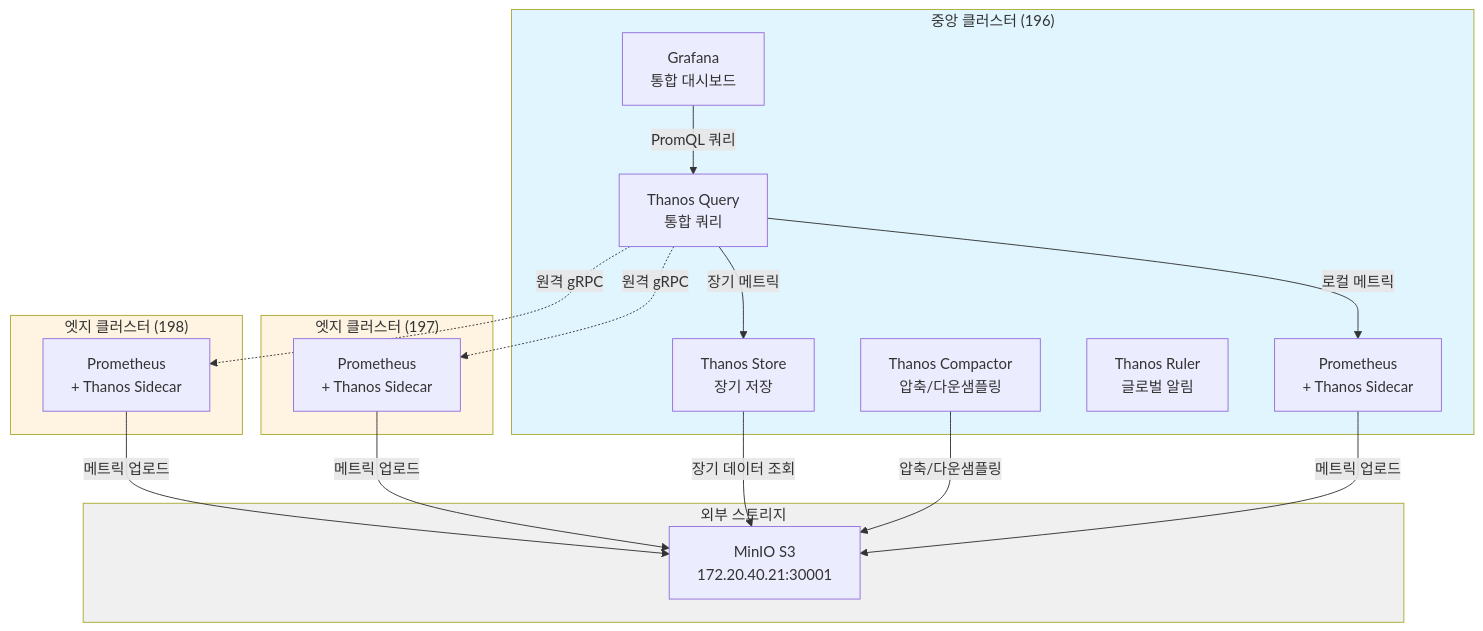
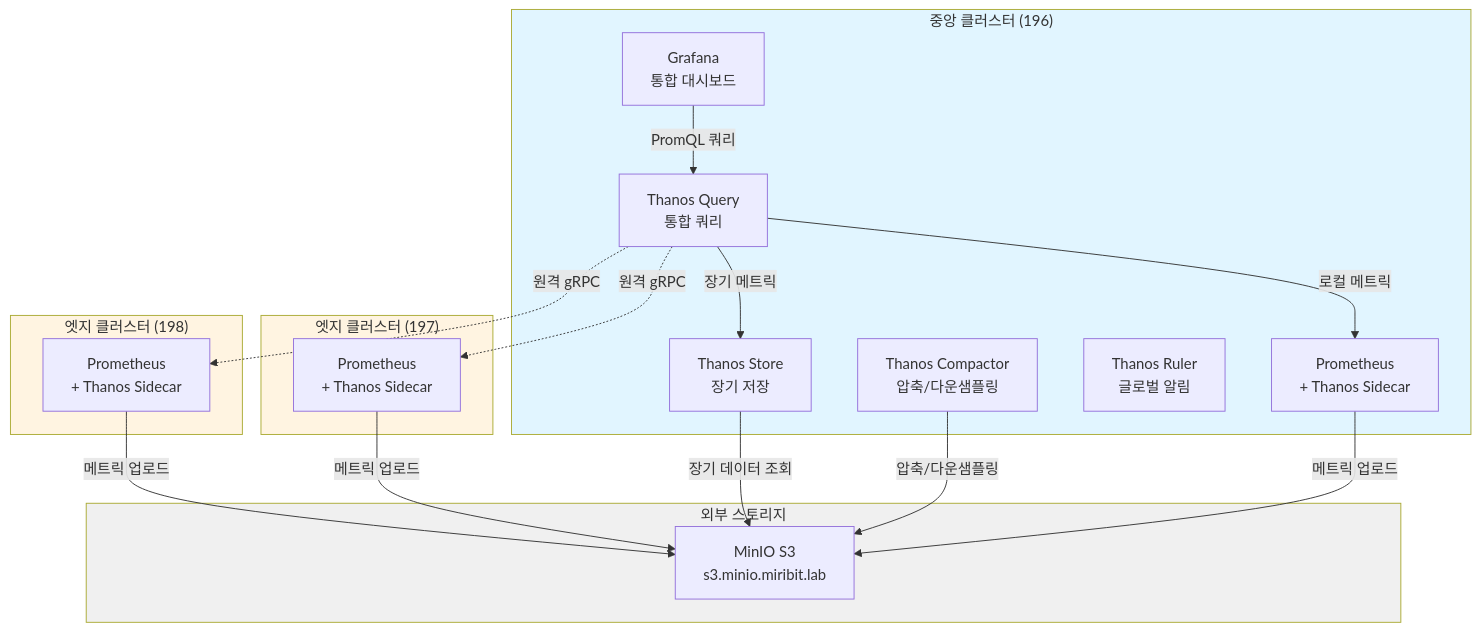
The diagram in README.md (kronenz/prometheua-HA-kustomize), drawn with Mermaid before and after one commit. The commit also changed 109 other files, not shown here.

````diff
--- a/README.md
+++ b/README.md
@@ -7,42 +7,42 @@
 ```mermaid
 graph TB
     subgraph Central["중앙 클러스터 (196)"]
         TQ[Thanos Query<br/>통합 쿼리]
         TS[Thanos Store<br/>장기 저장]
         TC[Thanos Compactor<br/>압축/다운샘플링]
         TR[Thanos Ruler<br/>글로벌 알림]
         P196[Prometheus<br/>+ Thanos Sidecar]
         G196[Grafana<br/>통합 대시보드]
     end
 
     subgraph Edge197["엣지 클러스터 (197)"]
         P197[Prometheus<br/>+ Thanos Sidecar]
     end
 
     subgraph Edge198["엣지 클러스터 (198)"]
         P198[Prometheus<br/>+ Thanos Sidecar]
     end
 
     subgraph Storage["외부 스토리지"]
-        S3[MinIO S3<br/>172.20.40.21:30001]
+        S3[MinIO S3<br/>s3.minio.miribit.lab]
     end
 
     P196 -->|메트릭 업로드| S3
     P197 -->|메트릭 업로드| S3
     P198 -->|메트릭 업로드| S3
 
     TS -->|장기 데이터 조회| S3
     TC -->|압축/다운샘플링| S3
 
     TQ -->|로컬 메트릭| P196
     TQ -->|장기 메트릭| TS
     TQ -.->|원격 gRPC| P197
     TQ -.->|원격 gRPC| P198
 
     G196 -->|PromQL 쿼리| TQ
 
     style Central fill:#e1f5ff
     style Edge197 fill:#fff4e1
     style Edge198 fill:#fff4e1
     style Storage fill:#f0f0f0
 ```
````
